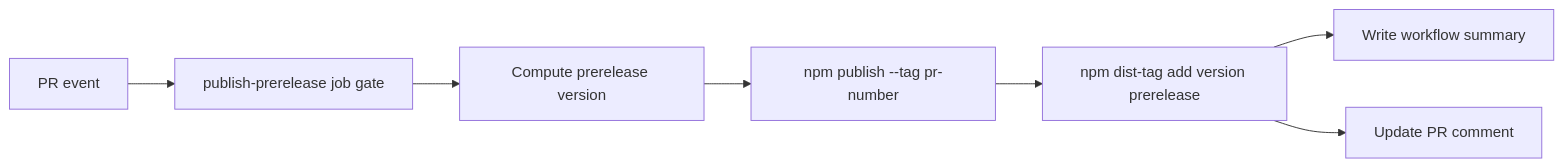
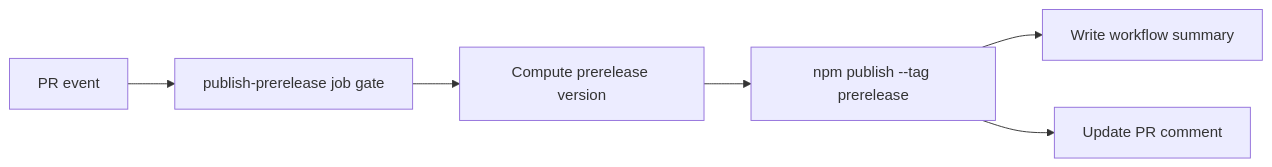
One commit to veggerby/container-superposition changed the diagram in docs/specs/028-publish-summaries-and-pr-comments/spec.md. Above: the diagram before and after it, drawn with Mermaid. The commit also changed other lines of this file and 6 other files, not shown here.

Commit message:
feat: simplify prerelease publishing by using shared dist-tag and removing PR-specific tags

````diff
--- a/docs/specs/028-publish-summaries-and-pr-comments/spec.md
+++ b/docs/specs/028-publish-summaries-and-pr-comments/spec.md
@@ -141,9 +150,8 @@
 ```mermaid
 flowchart LR
     A[PR event] --> B[publish-prerelease job gate]
     B --> C[Compute prerelease version]
-    C --> D[npm publish --tag pr-number]
-    D --> E[npm dist-tag add version prerelease]
-    E --> F[Write workflow summary]
-    E --> G[Update PR comment]
+    C --> D[npm publish --tag prerelease]
+    D --> E[Write workflow summary]
+    D --> F[Update PR comment]
 ```
````
